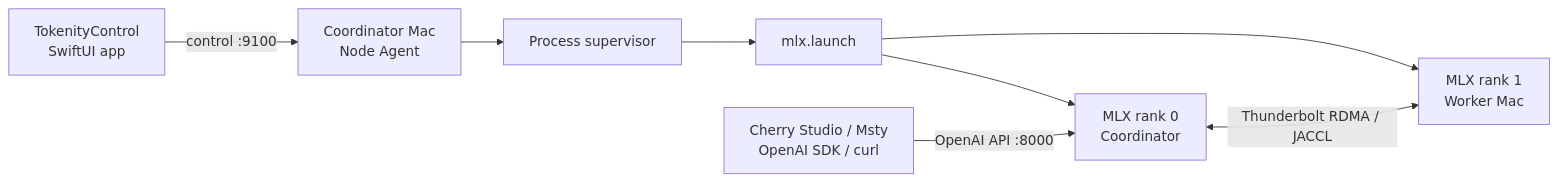
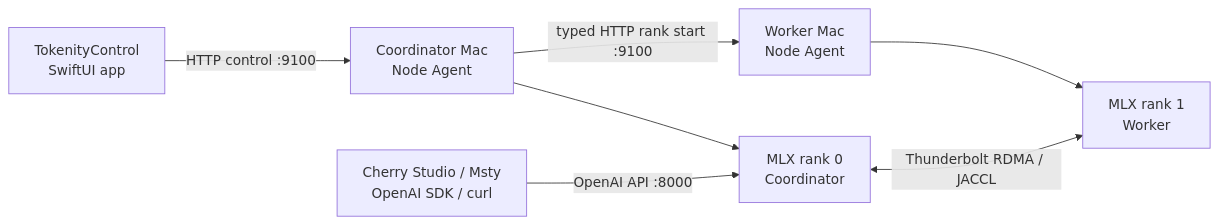
Before and after one commit to HeyZhey/Tokenity: the diagram in README.md, drawn with Mermaid. The commit also changed other lines of this file and 15 other files, not shown here.

Commit message:
Replace SSH rank launch with HTTP orchestration

````diff
--- a/README.md
+++ b/README.md
@@ -45,10 +45,9 @@
 ```mermaid
 flowchart LR
-    UI["TokenityControl\nSwiftUI app"] -->|"control :9100"| A["Coordinator Mac\nNode Agent"]
-    A --> SUP["Process supervisor"]
-    SUP --> LAUNCH["mlx.launch"]
-    LAUNCH --> R0["MLX rank 0\nCoordinator"]
-    LAUNCH --> R1["MLX rank 1\nWorker Mac"]
+    UI["TokenityControl\nSwiftUI app"] -->|"HTTP control :9100"| A["Coordinator Mac\nNode Agent"]
+    A -->|"typed HTTP rank start :9100"| B["Worker Mac\nNode Agent"]
+    A --> R0["MLX rank 0\nCoordinator"]
+    B --> R1["MLX rank 1\nWorker"]
     R0 <-->|"Thunderbolt RDMA / JACCL"| R1
     CLIENT["Cherry Studio / Msty\nOpenAI SDK / curl"] -->|"OpenAI API :8000"| R0
 ```
````
